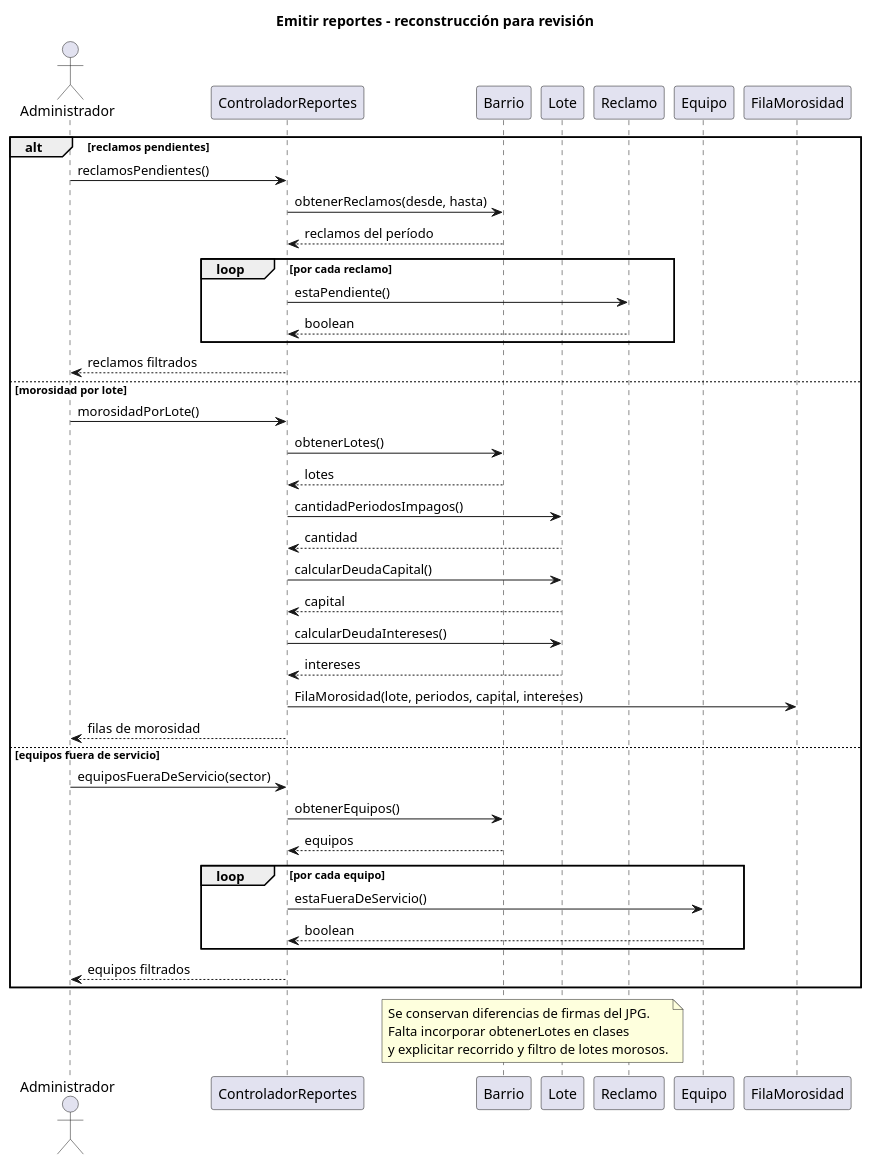
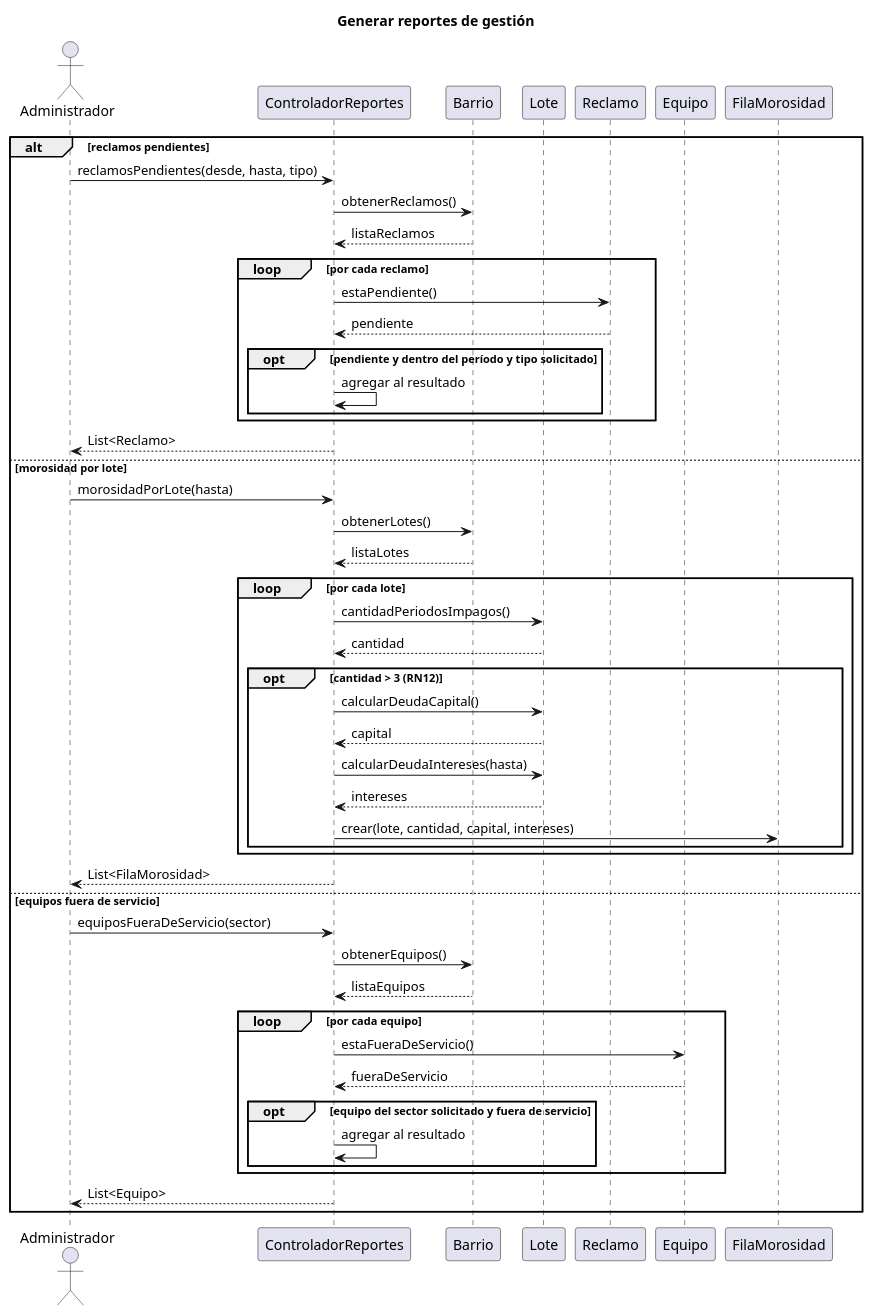
The diagram in Docs/UML/05_secuencia_reportes.puml (LukaSubotovsky/Paradigma-orientado-a-objetos), drawn with PlantUML before and after one commit. The commit also changed 4 other files, not shown here.

First line of the commit message:
Actualiza diagramas y secuencias con el modelo final

```diff
--- a/Docs/UML/05_secuencia_reportes.puml
+++ b/Docs/UML/05_secuencia_reportes.puml
@@ -1,47 +1,52 @@
 @startuml
 skinparam classAttributeIconSize 0
-title Emitir reportes - reconstrucción para revisión
+title Generar reportes de gestión
 actor Administrador as A
 participant ControladorReportes as C
 participant Barrio as B
 participant Lote as L
 participant Reclamo as R
 participant Equipo as E
 participant FilaMorosidad as F
 alt reclamos pendientes
- A -> C : reclamosPendientes()
- C -> B : obtenerReclamos(desde, hasta)
- B --> C : reclamos del período
+ A -> C : reclamosPendientes(desde, hasta, tipo)
+ C -> B : obtenerReclamos()
+ B --> C : listaReclamos
  loop por cada reclamo
   C -> R : estaPendiente()
-  R --> C : boolean
+  R --> C : pendiente
+  opt pendiente y dentro del período y tipo solicitado
+   C -> C : agregar al resultado
+  end
  end
- C --> A : reclamos filtrados
+ C --> A : List<Reclamo>
 else morosidad por lote
- A -> C : morosidadPorLote()
+ A -> C : morosidadPorLote(hasta)
  C -> B : obtenerLotes()
- B --> C : lotes
- C -> L : cantidadPeriodosImpagos()
- L --> C : cantidad
- C -> L : calcularDeudaCapital()
- L --> C : capital
- C -> L : calcularDeudaIntereses()
- L --> C : intereses
- C -> F : FilaMorosidad(lote, periodos, capital, intereses)
- C --> A : filas de morosidad
+ B --> C : listaLotes
+ loop por cada lote
+  C -> L : cantidadPeriodosImpagos()
+  L --> C : cantidad
+  opt cantidad > 3 (RN12)
+   C -> L : calcularDeudaCapital()
+   L --> C : capital
+   C -> L : calcularDeudaIntereses(hasta)
+   L --> C : intereses
+   C -> F : crear(lote, cantidad, capital, intereses)
+  end
+ end
+ C --> A : List<FilaMorosidad>
 else equipos fuera de servicio
  A -> C : equiposFueraDeServicio(sector)
  C -> B : obtenerEquipos()
- B --> C : equipos
+ B --> C : listaEquipos
  loop por cada equipo
   C -> E : estaFueraDeServicio()
-  E --> C : boolean
+  E --> C : fueraDeServicio
+  opt equipo del sector solicitado y fuera de servicio
+   C -> C : agregar al resultado
+  end
  end
- C --> A : equipos filtrados
+ C --> A : List<Equipo>
 end
-note over B,L
-Se conservan diferencias de firmas del JPG.
-Falta incorporar obtenerLotes en clases
-y explicitar recorrido y filtro de lotes morosos.
-end note
 @enduml
```
